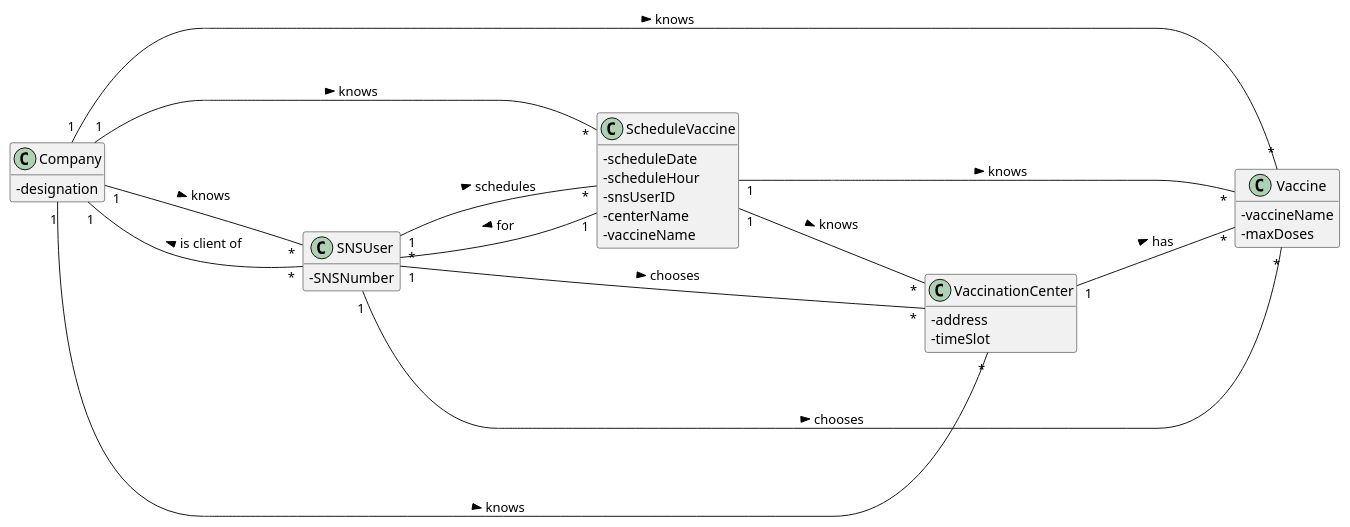
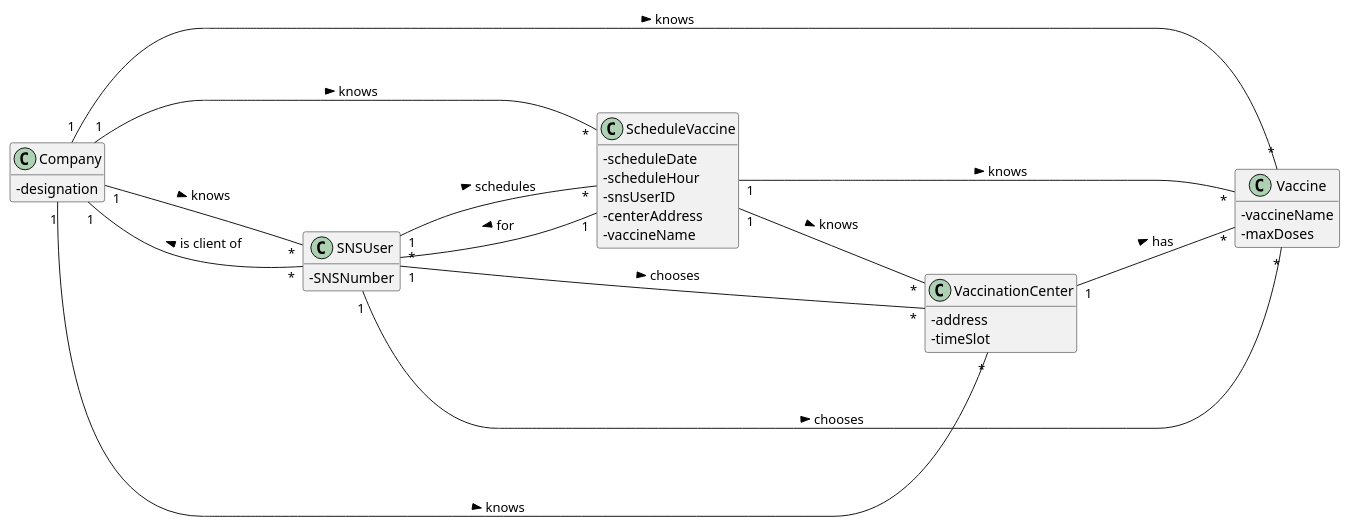
The diagram in docs/SprintC/US/US1/US01_DM.puml (PedroMesquita1211171/VaccinationManager), drawn with PlantUML before and after one commit. The commit also changed 9 other files, not shown here.

```diff
--- a/docs/SprintC/US/US1/US01_DM.puml
+++ b/docs/SprintC/US/US1/US01_DM.puml
@@ -1,51 +1,51 @@
 @startuml
  hide methods
  left to right direction
  skinparam classAttributeIconSize 0
 
 
  class Company {
    -designation
  }
 
 
  class SNSUser {
    -SNSNumber
  }
 
 class Vaccine{
     -vaccineName
     -maxDoses
 }
  class ScheduleVaccine{
   -scheduleDate
   -scheduleHour
   -snsUserID
-  -centerName
+  -centerAddress
   -vaccineName
 
  }
  class VaccinationCenter{
  -address
  -timeSlot
  }
 
 
 
  Company "1"---"*" SNSUser : knows >
  Company "1"---"*" Vaccine : knows >
  Company "1"---"*" VaccinationCenter : knows >
  Company "1"---"*" ScheduleVaccine : knows >
 
  ScheduleVaccine "1"---"*" SNSUser : for >
  ScheduleVaccine "1"---"*" VaccinationCenter : knows >
  ScheduleVaccine "1"---"*" Vaccine: knows >
 
 VaccinationCenter "1"---"*" Vaccine: has >
 
 SNSUser "1"--"*" VaccinationCenter : chooses >
 SNSUser "1"--"*" Vaccine : chooses >
 SNSUser "*"---"1" Company : is client of >
  SNSUser "1"---"*" ScheduleVaccine : schedules >
 
 @enduml
```
